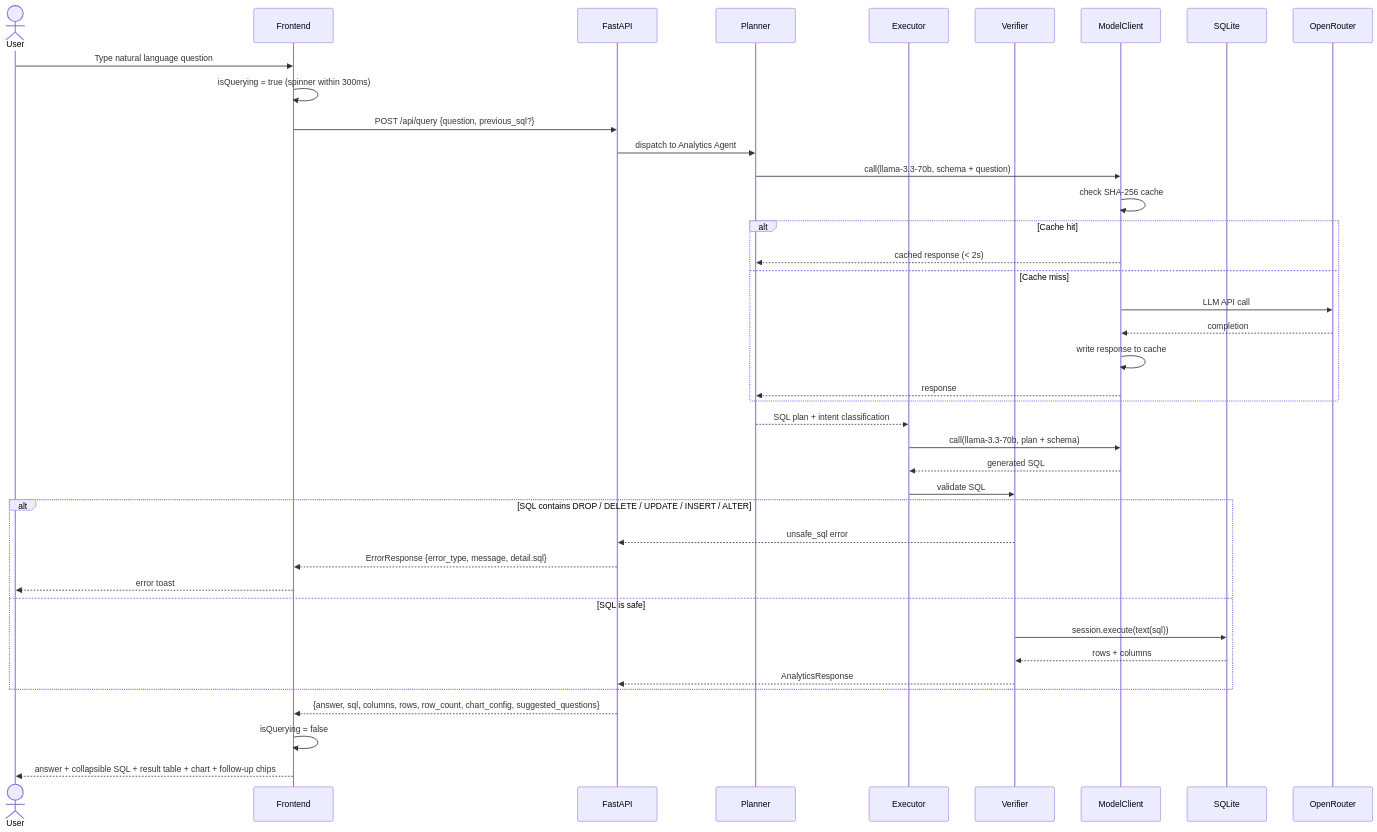
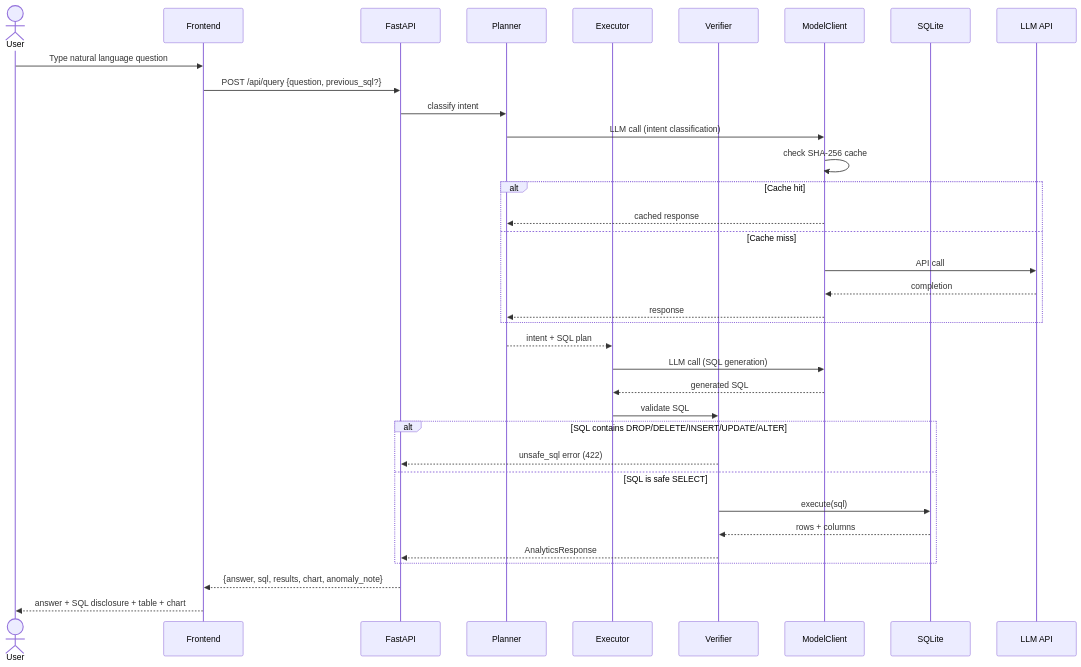
The second of 4 diagrams in docs/architecture-diagrams.md (arpan1221/freightmind), drawn with Mermaid before and after one commit. The commit also changed other lines of this file and 67 other files, not shown here.

````diff
--- a/docs/architecture-diagrams.md
+++ b/docs/architecture-diagrams.md
@@ -76,50 +87,38 @@
 ```mermaid
 sequenceDiagram
     actor U as User
     participant FE as Frontend
     participant API as FastAPI
     participant P as Planner
     participant E as Executor
     participant V as Verifier
     participant MC as ModelClient
     participant DB as SQLite
-    participant OR as OpenRouter
+    participant LLM as LLM API
 
     U->>FE: Type natural language question
-    FE->>FE: isQuerying = true (spinner within 300ms)
     FE->>API: POST /api/query {question, previous_sql?}
-
-    API->>P: dispatch to Analytics Agent
-    P->>MC: call(llama-3.3-70b, schema + question)
+    API->>P: classify intent
+    P->>MC: LLM call (intent classification)
     MC->>MC: check SHA-256 cache
-
     alt Cache hit
-        MC-->>P: cached response (< 2s)
+        MC-->>P: cached response
     else Cache miss
-        MC->>OR: LLM API call
-        OR-->>MC: completion
-        MC->>MC: write response to cache
+        MC->>LLM: API call
+        LLM-->>MC: completion
         MC-->>P: response
     end
-
-    P-->>E: SQL plan + intent classification
-
-    E->>MC: call(llama-3.3-70b, plan + schema)
+    P-->>E: intent + SQL plan
+    E->>MC: LLM call (SQL generation)
     MC-->>E: generated SQL
-
     E->>V: validate SQL
-
-    alt SQL contains DROP / DELETE / UPDATE / INSERT / ALTER
-        V-->>API: unsafe_sql error
-        API-->>FE: ErrorResponse {error_type, message, detail.sql}
-        FE-->>U: error toast
-    else SQL is safe
-        V->>DB: session.execute(text(sql))
+    alt SQL contains DROP/DELETE/INSERT/UPDATE/ALTER
+        V-->>API: unsafe_sql error (422)
+    else SQL is safe SELECT
+        V->>DB: execute(sql)
         DB-->>V: rows + columns
         V-->>API: AnalyticsResponse
     end
-
-    API-->>FE: {answer, sql, columns, rows, row_count, chart_config, suggested_questions}
-    FE->>FE: isQuerying = false
-    FE-->>U: answer + collapsible SQL + result table + chart + follow-up chips
+    API-->>FE: {answer, sql, results, chart, anomaly_note}
+    FE-->>U: answer + SQL disclosure + table + chart
 ```
````
